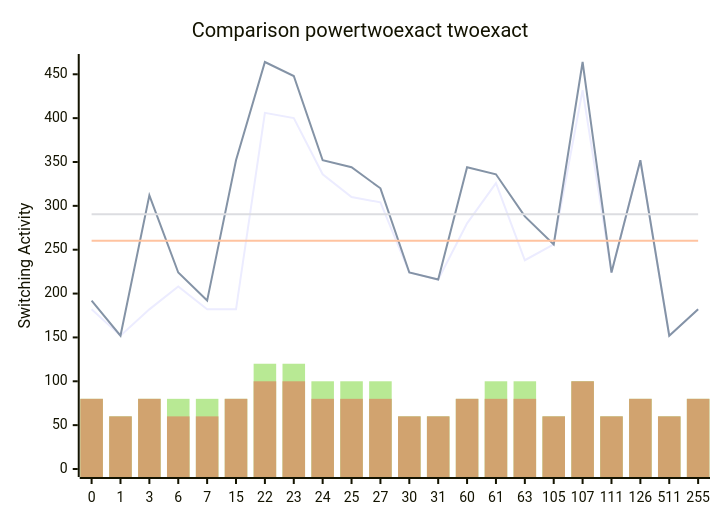
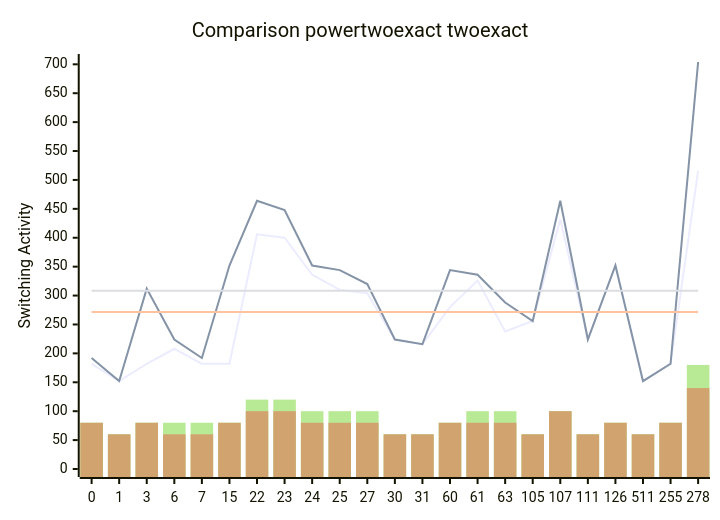
One commit to FeldmeierMichael/Exact-Power-Synthesis changed the diagram in benchmark_opt.md. Above: the diagram before and after it, drawn with Mermaid. The commit also changed other lines of this file, not shown here.

````diff
--- a/benchmark_opt.md
+++ b/benchmark_opt.md
@@ -49,12 +51,12 @@
 ```mermaid
 xychart-beta
     title "Comparison powertwoexact twoexact"
-    x-axis [0, 1, 3, 6, 7, 15, 22, 23, 24, 25, 27, 30, 31, 60, 61, 63, 105, 107, 111, 126, 511, 255]
-    y-axis "Switching Activity" 0-->464
-    line [182, 152, 182, 208, 182, 182, 406, 400, 336, 310, 304, 224, 216, 280, 326, 238, 256, 432, 224, 352, 152, 182]
-    line [192, 152, 312, 224, 192, 352, 464, 448, 352, 344, 320, 224, 216, 344, 336, 288, 256, 464, 224, 352, 152, 182]
-    line [260.27272727272725, 260.27272727272725, 260.27272727272725, 260.27272727272725, 260.27272727272725, 260.27272727272725, 260.27272727272725, 260.27272727272725, 260.27272727272725, 260.27272727272725, 260.27272727272725, 260.27272727272725, 260.27272727272725, 260.27272727272725, 260.27272727272725, 260.27272727272725, 260.27272727272725, 260.27272727272725, 260.27272727272725, 260.27272727272725, 260.27272727272725, 260.27272727272725]
-    line [290.45454545454544, 290.45454545454544, 290.45454545454544, 290.45454545454544, 290.45454545454544, 290.45454545454544, 290.45454545454544, 290.45454545454544, 290.45454545454544, 290.45454545454544, 290.45454545454544, 290.45454545454544, 290.45454545454544, 290.45454545454544, 290.45454545454544, 290.45454545454544, 290.45454545454544, 290.45454545454544, 290.45454545454544, 290.45454545454544, 290.45454545454544, 290.45454545454544]
-    bar [80, 60, 80, 80, 80, 80, 120, 120, 100, 100, 100, 60, 60, 80, 100, 100, 60, 100, 60, 80, 60, 80]
-    bar [80, 60, 80, 60, 60, 80, 100, 100, 80, 80, 80, 60, 60, 80, 80, 80, 60, 100, 60, 80, 60, 80]
+    x-axis [0, 1, 3, 6, 7, 15, 22, 23, 24, 25, 27, 30, 31, 60, 61, 63, 105, 107, 111, 126, 511, 255, 278]
+    y-axis "Switching Activity" 0-->704
+    line [182, 152, 182, 208, 182, 182, 406, 400, 336, 310, 304, 224, 216, 280, 326, 238, 256, 432, 224, 352, 152, 182, 516]
+    line [192, 152, 312, 224, 192, 352, 464, 448, 352, 344, 320, 224, 216, 344, 336, 288, 256, 464, 224, 352, 152, 182, 704]
+    line [271.39130434782606, 271.39130434782606, 271.39130434782606, 271.39130434782606, 271.39130434782606, 271.39130434782606, 271.39130434782606, 271.39130434782606, 271.39130434782606, 271.39130434782606, 271.39130434782606, 271.39130434782606, 271.39130434782606, 271.39130434782606, 271.39130434782606, 271.39130434782606, 271.39130434782606, 271.39130434782606, 271.39130434782606, 271.39130434782606, 271.39130434782606, 271.39130434782606, 271.39130434782606]
+    line [308.4347826086956, 308.4347826086956, 308.4347826086956, 308.4347826086956, 308.4347826086956, 308.4347826086956, 308.4347826086956, 308.4347826086956, 308.4347826086956, 308.4347826086956, 308.4347826086956, 308.4347826086956, 308.4347826086956, 308.4347826086956, 308.4347826086956, 308.4347826086956, 308.4347826086956, 308.4347826086956, 308.4347826086956, 308.4347826086956, 308.4347826086956, 308.4347826086956, 308.4347826086956]
+    bar [80, 60, 80, 80, 80, 80, 120, 120, 100, 100, 100, 60, 60, 80, 100, 100, 60, 100, 60, 80, 60, 80, 180]
+    bar [80, 60, 80, 60, 60, 80, 100, 100, 80, 80, 80, 60, 60, 80, 80, 80, 60, 100, 60, 80, 60, 80, 140]
 ```
````
